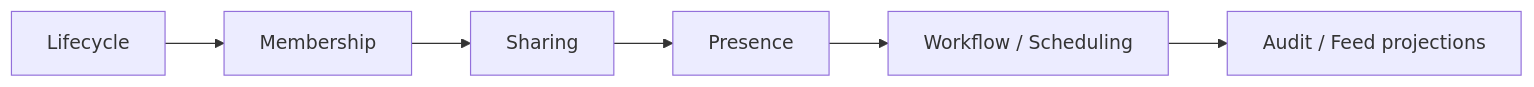
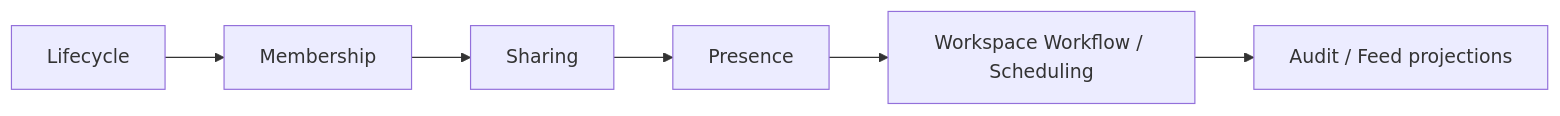
The second of 2 diagrams in docs/contexts/workspace/bounded-contexts.md (122sp7/xuanwu-app), drawn with Mermaid before and after one commit. The commit also changed other lines of this file and 12 other files, not shown here.

Commit message:
refactor: update platform and workspace documentation to clarify AI capabilities and workflow definitions

````diff
--- a/docs/contexts/workspace/bounded-contexts.md
+++ b/docs/contexts/workspace/bounded-contexts.md
@@ -65,8 +65,8 @@
 ```mermaid
 flowchart LR
 	Lifecycle["Lifecycle"] --> Membership["Membership"]
 	Membership --> Sharing["Sharing"]
 	Sharing --> Presence["Presence"]
-	Presence --> Workflow["Workflow / Scheduling"]
+	Presence --> Workflow["Workspace Workflow / Scheduling"]
 	Workflow --> AuditFeed["Audit / Feed projections"]
 ```
````
